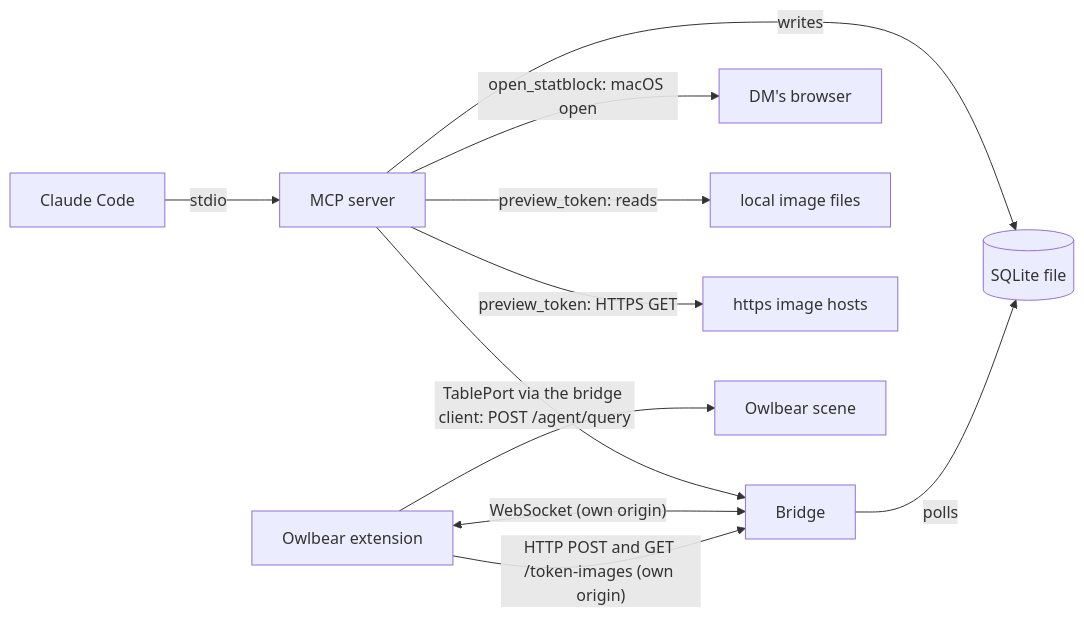
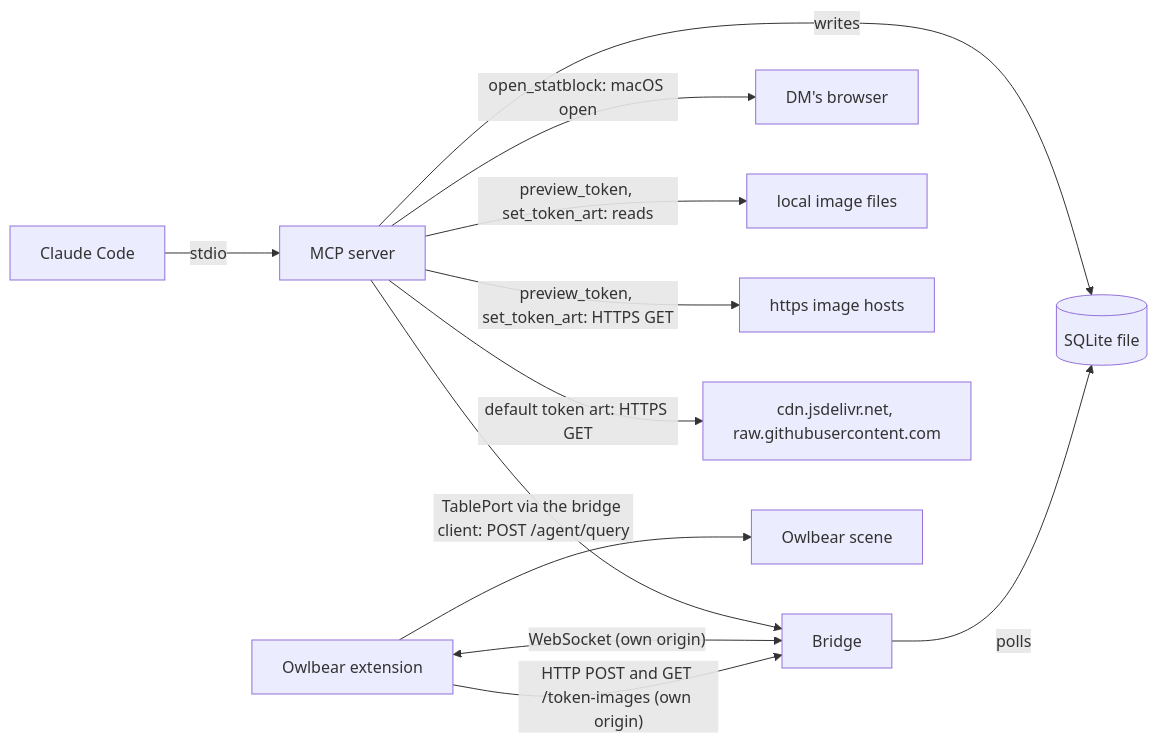
The second of 2 diagrams in docs/architecture.md (askrzypczak/ttrpg-agents), drawn with Mermaid before and after one commit. The commit also changed other lines of this file and 2 other files, not shown here.

Commit message:
docs: TooManyTokens default art in the architecture page and the MCP and engine READMEs (#383)

````diff
--- a/docs/architecture.md
+++ b/docs/architecture.md
@@ -51,13 +51,14 @@
 ```mermaid
 flowchart LR
   claude["Claude Code"] -->|"stdio"| mcp["MCP server"]
   mcp -->|"writes"| db[("SQLite file")]
   mcp -->|"TablePort via the bridge client: POST /agent/query"| bridge
   mcp -->|"open_statblock: macOS open"| browser["DM's browser"]
-  mcp -->|"preview_token: reads"| imagefiles["local image files"]
-  mcp -->|"preview_token: HTTPS GET"| imagehosts["https image hosts"]
+  mcp -->|"preview_token, set_token_art: reads"| imagefiles["local image files"]
+  mcp -->|"preview_token, set_token_art: HTTPS GET"| imagehosts["https image hosts"]
+  mcp -->|"default token art: HTTPS GET"| defaultart["cdn.jsdelivr.net, raw.githubusercontent.com"]
   bridge["Bridge"] -->|"polls"| db
   ext["Owlbear extension"] <-->|"WebSocket (own origin)"| bridge
   ext -->|"HTTP POST and GET /token-images (own origin)"| bridge
   ext --> scene["Owlbear scene"]
 ```
````
